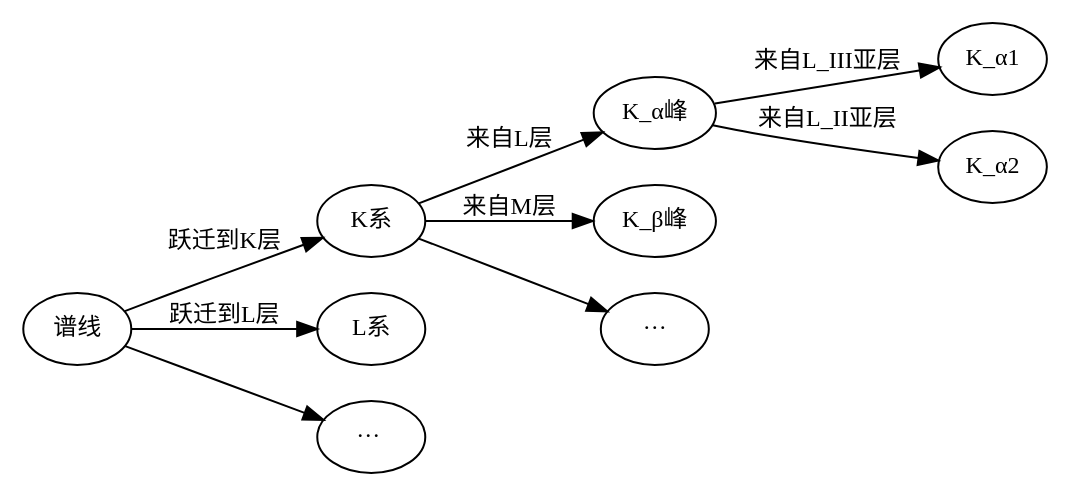
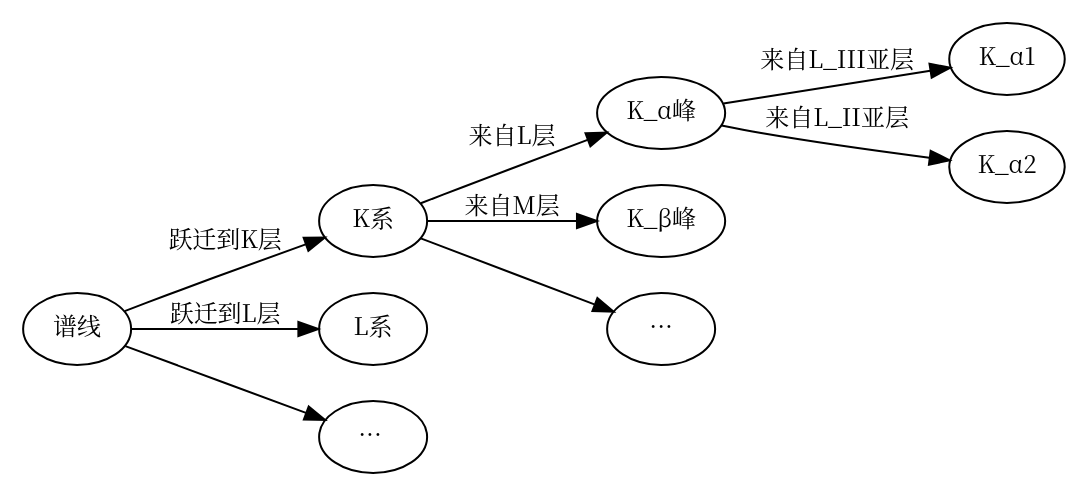
The diagram in X射线物理学.rst (lgwangh/Microstructural_Characterization_of_Materials_Notes), drawn with Graphviz before and after one commit. The commit also changed 1 other file, not shown here.

Commit message:
完成了X射线衍射方向部分

```diff
--- a/X射线物理学.rst
+++ b/X射线物理学.rst
@@ -37,17 +37,17 @@
 .. digraph:: classification
 
-	node[fontname = "SimSun",fontsize = 12];
-	edge[fontname = "SimSun",fontsize = 12];
+	node[fontname = "Noto Serif CJK SC",fontsize = 12];
+	edge[fontname = "Noto Serif CJK SC",fontsize = 12];
 	rankdir=LR;
 	root[label="谱线"];
 	K[label="K系"];
 	Kalpha[label="K_α峰"];
 	Kalpha1[label="K_α1"];
 	root->K[label="跃迁到K层"];
 	K->Kalpha[label="来自L层"];
 	Kalpha->Kalpha1[label="来自L_III亚层"];
 	root->"L系"[label="跃迁到L层"];
 	root->"  ···  ";
 	K->"K_β峰"[label="来自M层"];
 	K->" ··· ";
 	Kalpha->"K_α2"[label="来自L_II亚层"]
```
